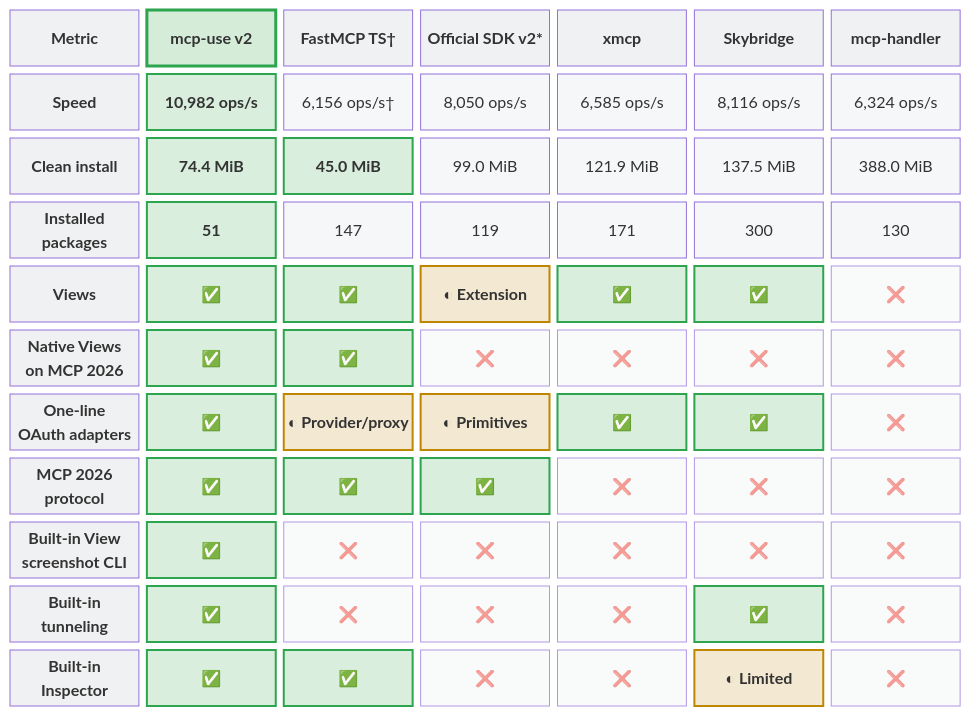
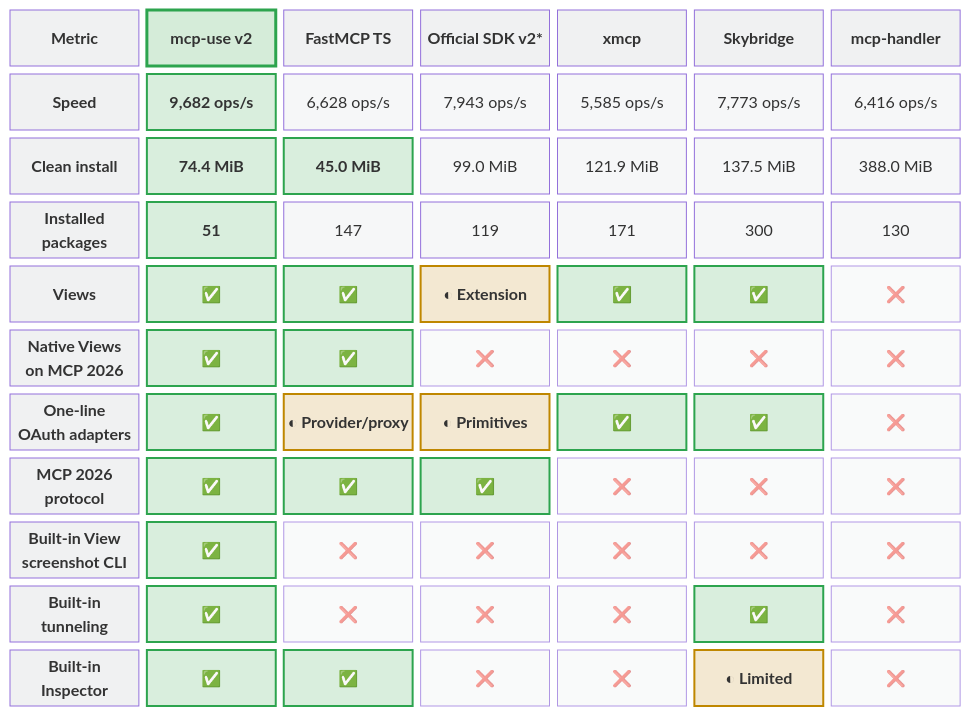
The diagram in README.md (mcp-use/mcp-use), drawn with Mermaid before and after one commit. The commit also changed other lines of this file and 1 other file, not shown here.

Commit message:
docs: unify FastMCP benchmark matrix

````diff
--- a/README.md
+++ b/README.md
@@ -280,33 +280,33 @@
 ```mermaid
 block-beta
   columns 7
 
-  metric["Metric"] mcp["mcp-use v2"] fastmcp["FastMCP TS†"] official["Official SDK v2*"] xmcp["xmcp"] skybridge["Skybridge"] handler["mcp-handler"]
+  metric["Metric"] mcp["mcp-use v2"] fastmcp["FastMCP TS"] official["Official SDK v2*"] xmcp["xmcp"] skybridge["Skybridge"] handler["mcp-handler"]
 
-  speed["Speed"] speedMcp["10,982 ops/s"] speedFast["6,156 ops/s†"] speedOfficial["8,050 ops/s"] speedXmcp["6,585 ops/s"] speedSkybridge["8,116 ops/s"] speedHandler["6,324 ops/s"]
+  speed["Speed"] speedMcp["9,682 ops/s"] speedFast["6,628 ops/s"] speedOfficial["7,943 ops/s"] speedXmcp["5,585 ops/s"] speedSkybridge["7,773 ops/s"] speedHandler["6,416 ops/s"]
   install["Clean install"] installMcp["74.4 MiB"] installFast["45.0 MiB"] installOfficial["99.0 MiB"] installXmcp["121.9 MiB"] installSkybridge["137.5 MiB"] installHandler["388.0 MiB"]
   packages["Installed<br/>packages"] packagesMcp["51"] packagesFast["147"] packagesOfficial["119"] packagesXmcp["171"] packagesSkybridge["300"] packagesHandler["130"]
   views["Views"] viewsMcp["✅"] viewsFast["✅"] viewsOfficial["◐ Extension"] viewsXmcp["✅"] viewsSkybridge["✅"] viewsHandler["❌"]
   nativeViews["Native Views<br/>on MCP 2026"] nativeViewsMcp["✅"] nativeViewsFast["✅"] nativeViewsOfficial["❌"] nativeViewsXmcp["❌"] nativeViewsSkybridge["❌"] nativeViewsHandler["❌"]
   oauth["One-line<br/>OAuth adapters"] oauthMcp["✅"] oauthFast["◐ Provider/proxy"] oauthOfficial["◐ Primitives"] oauthXmcp["✅"] oauthSkybridge["✅"] oauthHandler["❌"]
   protocol["MCP 2026<br/>protocol"] protocolMcp["✅"] protocolFast["✅"] protocolOfficial["✅"] protocolXmcp["❌"] protocolSkybridge["❌"] protocolHandler["❌"]
   screenshot["Built-in View<br/>screenshot CLI"] screenshotMcp["✅"] screenshotFast["❌"] screenshotOfficial["❌"] screenshotXmcp["❌"] screenshotSkybridge["❌"] screenshotHandler["❌"]
   tunnel["Built-in<br/>tunneling"] tunnelMcp["✅"] tunnelFast["❌"] tunnelOfficial["❌"] tunnelXmcp["❌"] tunnelSkybridge["✅"] tunnelHandler["❌"]
   inspector["Built-in<br/>Inspector"] inspectorMcp["✅"] inspectorFast["✅"] inspectorOfficial["❌"] inspectorXmcp["❌"] inspectorSkybridge["◐ Limited"] inspectorHandler["❌"]
 
   classDef metricLabel fill:#6e76811a,font-weight:bold
   classDef brand fill:#2ea04333,stroke:#2da44e,stroke-width:3px,font-weight:bold
   classDef header fill:#6e76811a,font-weight:bold
   classDef value fill:#6e76810f,stroke-width:1px
   classDef leader fill:#2ea0432e,stroke:#2da44e,stroke-width:2px,font-weight:bold
   classDef partial fill:#bb80092e,stroke:#bf8700,stroke-width:2px,font-weight:bold
   classDef unavailable fill:#6e76810f,opacity:0.72
 
   class metric,speed,install,packages,views,nativeViews,oauth,protocol,screenshot,tunnel,inspector metricLabel
   class mcp brand
   class fastmcp,official,xmcp,skybridge,handler header
   class speedFast,speedOfficial,speedXmcp,speedSkybridge,speedHandler,installOfficial,installXmcp,installSkybridge,installHandler,packagesFast,packagesOfficial,packagesXmcp,packagesSkybridge,packagesHandler value
   class speedMcp,installMcp,installFast,packagesMcp,viewsMcp,viewsFast,viewsXmcp,viewsSkybridge,nativeViewsMcp,nativeViewsFast,oauthMcp,oauthXmcp,oauthSkybridge,protocolMcp,protocolFast,protocolOfficial,screenshotMcp,tunnelMcp,tunnelSkybridge,inspectorMcp,inspectorFast leader
   class oauthFast,viewsOfficial,oauthOfficial,inspectorSkybridge partial
   class viewsHandler,nativeViewsOfficial,nativeViewsXmcp,nativeViewsSkybridge,nativeViewsHandler,oauthHandler,protocolXmcp,protocolSkybridge,protocolHandler,screenshotFast,screenshotOfficial,screenshotXmcp,screenshotSkybridge,screenshotHandler,tunnelFast,tunnelOfficial,tunnelXmcp,tunnelHandler,inspectorOfficial,inspectorXmcp,inspectorHandler unavailable
 ```
````
